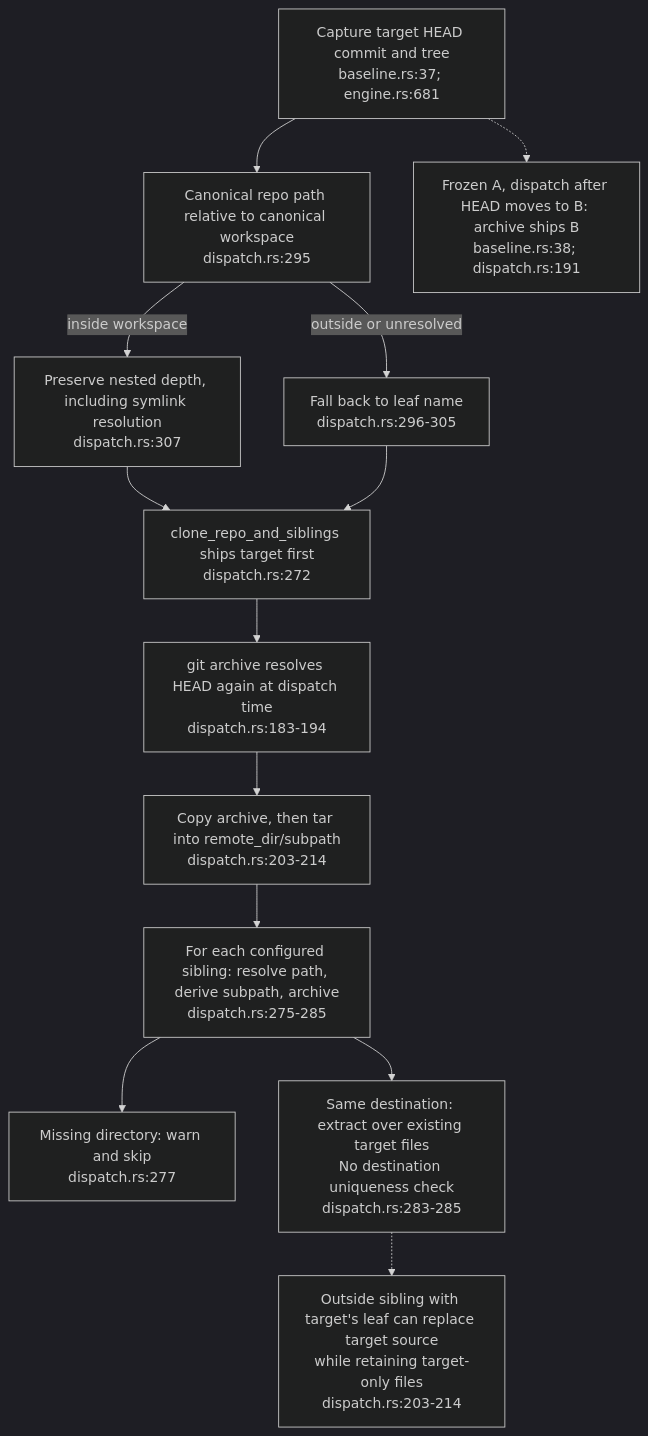
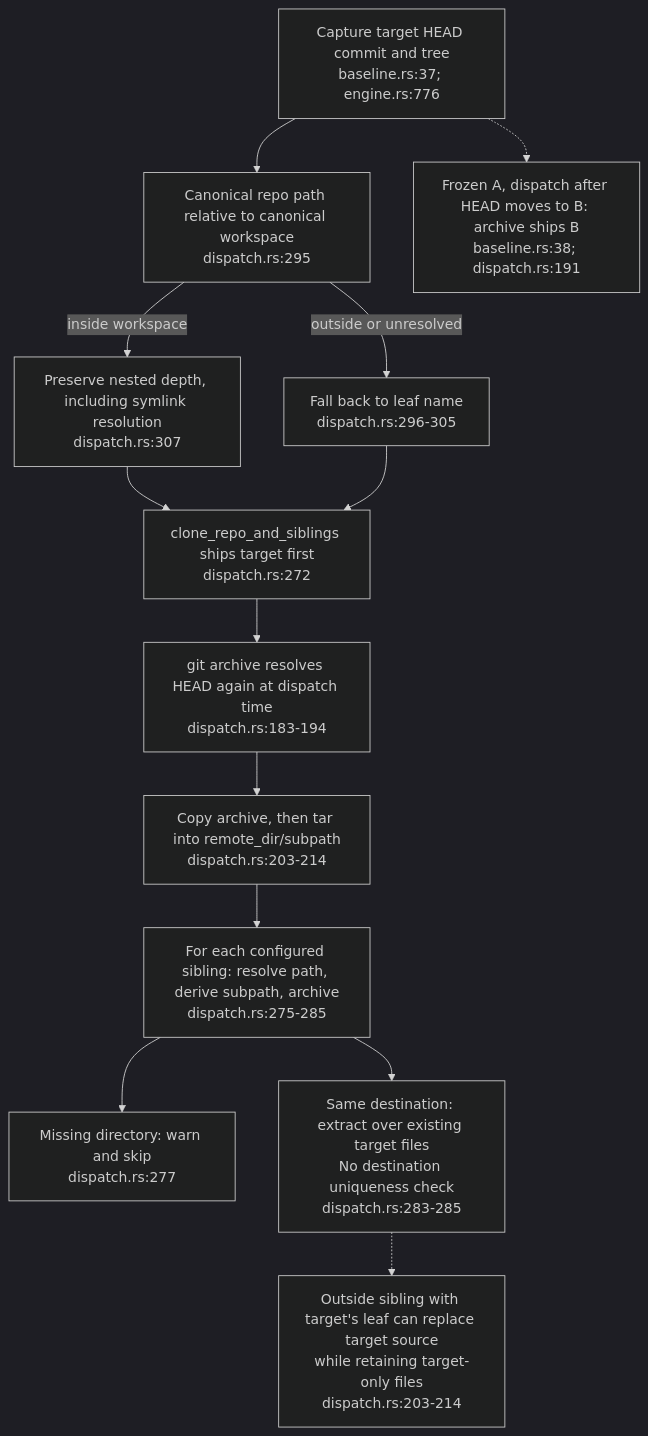
Diagram 11 of 24 in docs/diagrams/agentbox/23-dream-engine.md (DreamLab-AI/VisionFlow), drawn with Mermaid (dark theme) before and after one commit. The commit also changed other lines of this file, not shown here.

First line of the commit message:
docs(diagrams): re-stamp AB-23 dream engine at agentbox 720e0d896 and dream-engine b40d507

````diff
--- a/docs/diagrams/agentbox/23-dream-engine.md
+++ b/docs/diagrams/agentbox/23-dream-engine.md
@@ -382,16 +382,16 @@
 ```mermaid
 flowchart TB
-    BASE["Capture target HEAD commit and tree<br/>baseline.rs:37; engine.rs:681"]
+    BASE["Capture target HEAD commit and tree<br/>baseline.rs:37; engine.rs:776"]
     BASE --> SUB["Canonical repo path relative to canonical workspace<br/>dispatch.rs:295"]
     SUB -->|inside workspace| DEPTH["Preserve nested depth, including symlink resolution<br/>dispatch.rs:307"]
     SUB -->|outside or unresolved| LEAF["Fall back to leaf name<br/>dispatch.rs:296-305"]
     DEPTH --> SHIP["clone_repo_and_siblings ships target first<br/>dispatch.rs:272"]
     LEAF --> SHIP
     SHIP --> ARCH["git archive resolves HEAD again at dispatch time<br/>dispatch.rs:183-194"]
     ARCH --> TAR["Copy archive, then tar into remote_dir/subpath<br/>dispatch.rs:203-214"]
     TAR --> SIB["For each configured sibling: resolve path, derive subpath, archive<br/>dispatch.rs:275-285"]
     SIB --> MISSING["Missing directory: warn and skip<br/>dispatch.rs:277"]
     SIB --> OVERLAY["Same destination: extract over existing target files<br/>No destination uniqueness check<br/>dispatch.rs:283-285"]
     BASE -.-> DRIFT["Frozen A, dispatch after HEAD moves to B: archive ships B<br/>baseline.rs:38; dispatch.rs:191"]
     OVERLAY -.-> MIX["Outside sibling with target's leaf can replace target source<br/>while retaining target-only files<br/>dispatch.rs:203-214"]
 ```
````
